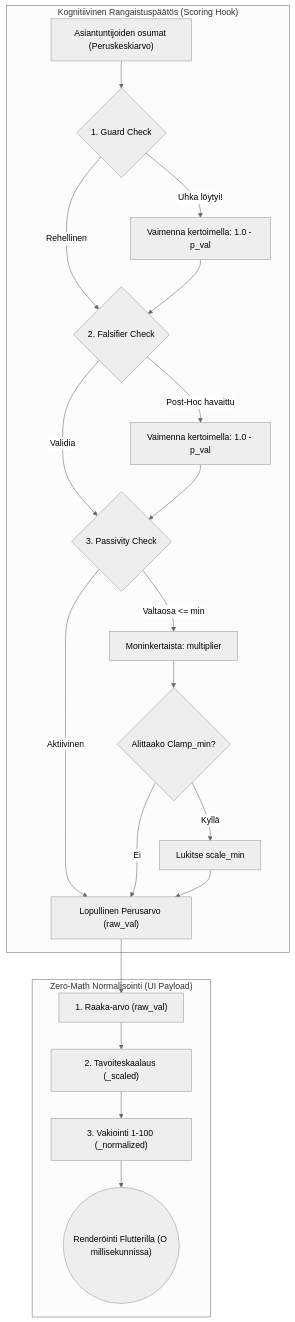
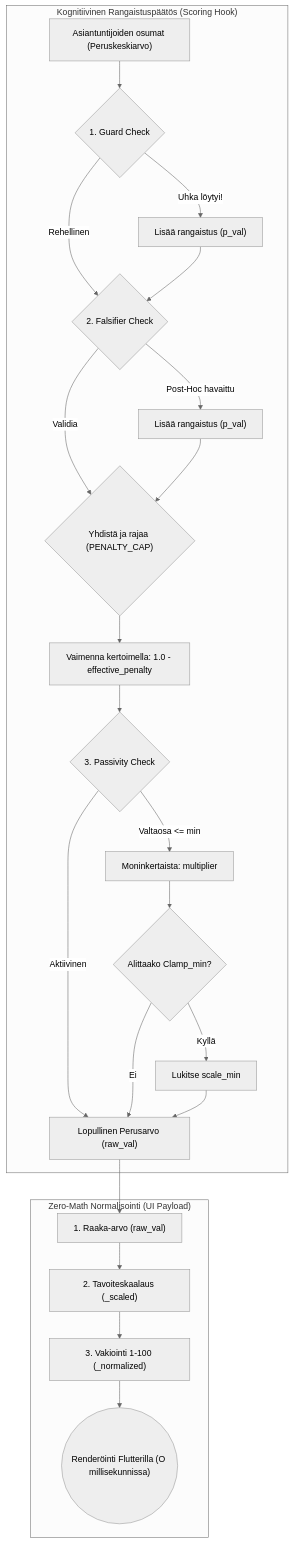
The second of 2 diagrams in docs/architecture/09_evaluation_and_scoring.md (launis/quorum), drawn with Mermaid (neutral theme) before and after one commit. The commit also changed other lines of this file and 26 other files, not shown here.

Commit message:
docs: establish architecture documentation and implement scorecard evaluation logic via deep atomization and dynamic rendering engine

````diff
--- a/docs/architecture/09_evaluation_and_scoring.md
+++ b/docs/architecture/09_evaluation_and_scoring.md
@@ -125,25 +127,27 @@
 ```mermaid
 graph TD
     subgraph SG5["Kognitiivinen Rangaistuspäätös (Scoring Hook)"]
         A["Asiantuntijoiden osumat (Peruskeskiarvo)"] --> B{"1. Guard Check"}
-        B -- "Uhka löytyi!" --> C["Vaimenna kertoimella: 1.0 - p_val"]
+        B -- "Uhka löytyi!" --> C["Lisää rangaistus (p_val)"]
         B -- "Rehellinen" --> D{"2. Falsifier Check"}
         C --> D
-        D -- "Post-Hoc havaittu" --> E["Vaimenna kertoimella: 1.0 - p_val"]
-        D -- "Validia" --> F{"3. Passivity Check"}
+        D -- "Post-Hoc havaittu" --> E["Lisää rangaistus (p_val)"]
+        D -- "Validia" --> F{"Yhdistä ja rajaa (PENALTY_CAP)"}
         E --> F
-        F -- "Valtaosa <= min" --> G["Moninkertaista: multiplier"]
-        F -- "Aktiivinen" --> J["Lopullinen Perusarvo (raw_val)"]
+        F --> F2["Vaimenna kertoimella: 1.0 - effective_penalty"]
+        F2 --> G1{"3. Passivity Check"}
+        G1 -- "Valtaosa <= min" --> G["Moninkertaista: multiplier"]
+        G1 -- "Aktiivinen" --> J["Lopullinen Perusarvo (raw_val)"]
         G --> H{"Alittaako Clamp_min?"}
         H -- "Kyllä" --> I["Lukitse scale_min"]
         H -- "Ei" --> J
         I --> J
     end
     
     subgraph SG6["Zero-Math Normalisointi (UI Payload)"]
         J --> K["1. Raaka-arvo (raw_val)"]
         K --> L["2. Tavoiteskaalaus (_scaled)"]
         L --> M["3. Vakiointi 1-100 (_normalized)"]
         M --> N(("Renderöinti Flutterilla (O millisekunnissa)"))
     end
 ```
````
